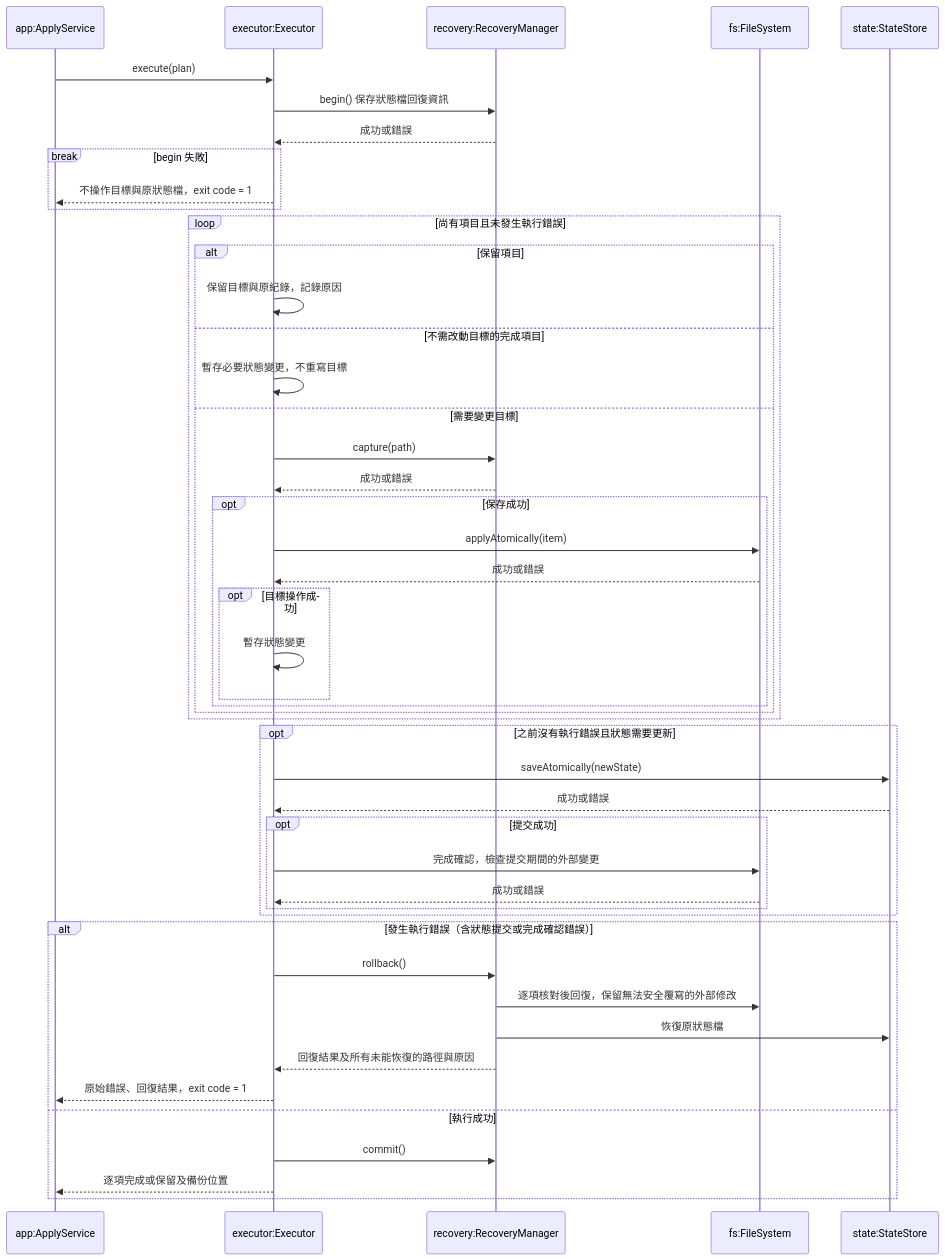
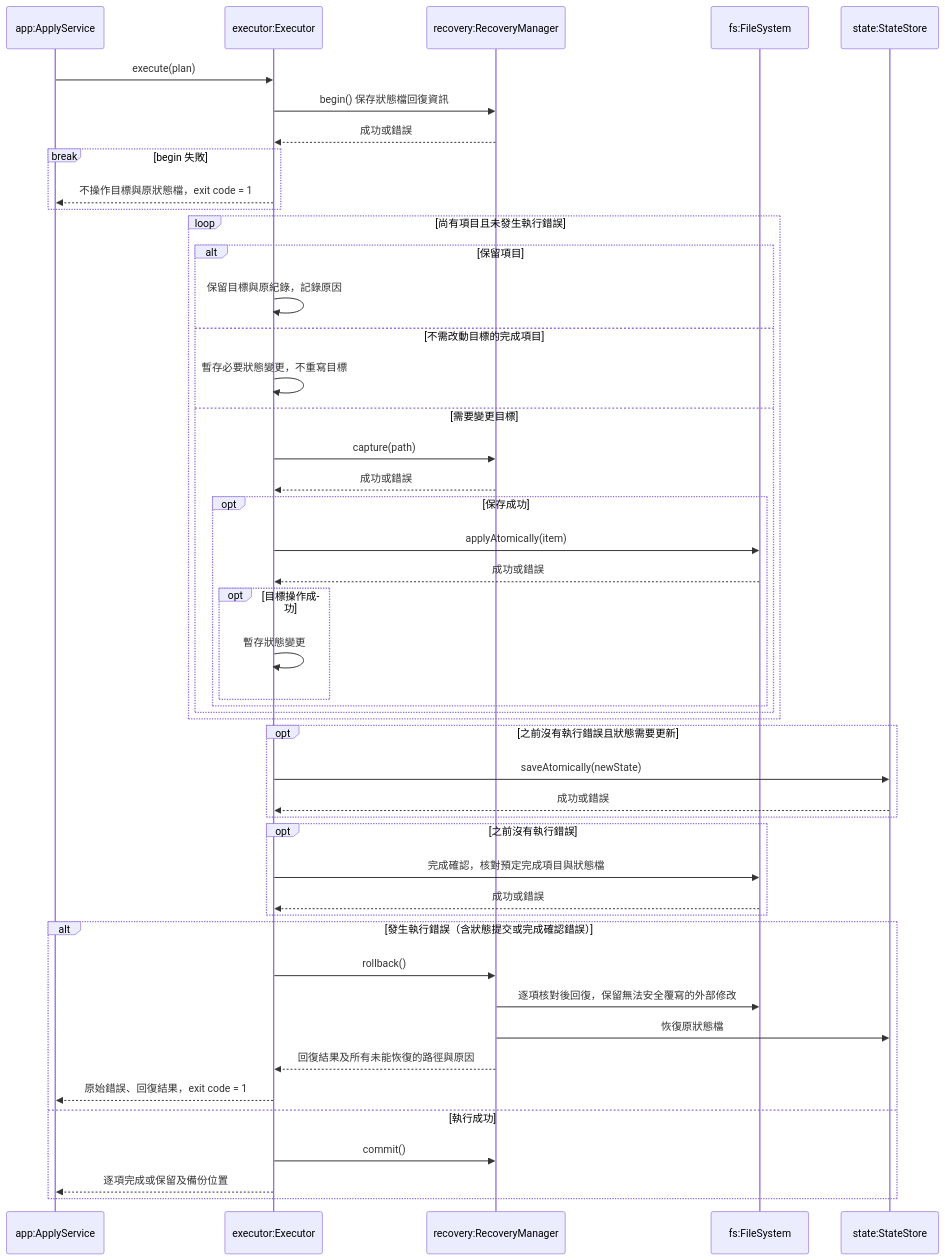
Before and after one commit to accidental-two-timer-sam-woof/rosamta-waterfall: the ninth of 10 diagrams in docs/03-preliminary-design/uml.md, drawn with Mermaid. The commit also changed other lines of this file, not shown here.

````diff
--- a/docs/03-preliminary-design/uml.md
+++ b/docs/03-preliminary-design/uml.md
@@ -567,49 +569,49 @@
 ```mermaid
 sequenceDiagram
     participant A as app:ApplyService
     participant E as executor:Executor
     participant R as recovery:RecoveryManager
     participant F as fs:FileSystem
     participant S as state:StateStore
     A->>E: execute(plan)
     E->>R: begin() 保存狀態檔回復資訊
     R-->>E: 成功或錯誤
     break begin 失敗
         E-->>A: 不操作目標與原狀態檔，exit code = 1
     end
     loop 尚有項目且未發生執行錯誤
         alt 保留項目
             E->>E: 保留目標與原紀錄，記錄原因
         else 不需改動目標的完成項目
             E->>E: 暫存必要狀態變更，不重寫目標
         else 需要變更目標
             E->>R: capture(path)
             R-->>E: 成功或錯誤
             opt 保存成功
                 E->>F: applyAtomically(item)
                 F-->>E: 成功或錯誤
                 opt 目標操作成功
                     E->>E: 暫存狀態變更
                 end
             end
         end
     end
     opt 之前沒有執行錯誤且狀態需要更新
         E->>S: saveAtomically(newState)
         S-->>E: 成功或錯誤
-        opt 提交成功
-            E->>F: 完成確認，檢查提交期間的外部變更
-            F-->>E: 成功或錯誤
-        end
+    end
+    opt 之前沒有執行錯誤
+        E->>F: 完成確認，核對預定完成項目與狀態檔
+        F-->>E: 成功或錯誤
     end
     alt 發生執行錯誤（含狀態提交或完成確認錯誤）
         E->>R: rollback()
         R->>F: 逐項核對後回復，保留無法安全覆寫的外部修改
         R->>S: 恢復原狀態檔
         R-->>E: 回復結果及所有未能恢復的路徑與原因
         E-->>A: 原始錯誤、回復結果，exit code = 1
     else 執行成功
         E->>R: commit()
         E-->>A: 逐項完成或保留及備份位置
     end
 ```
````
